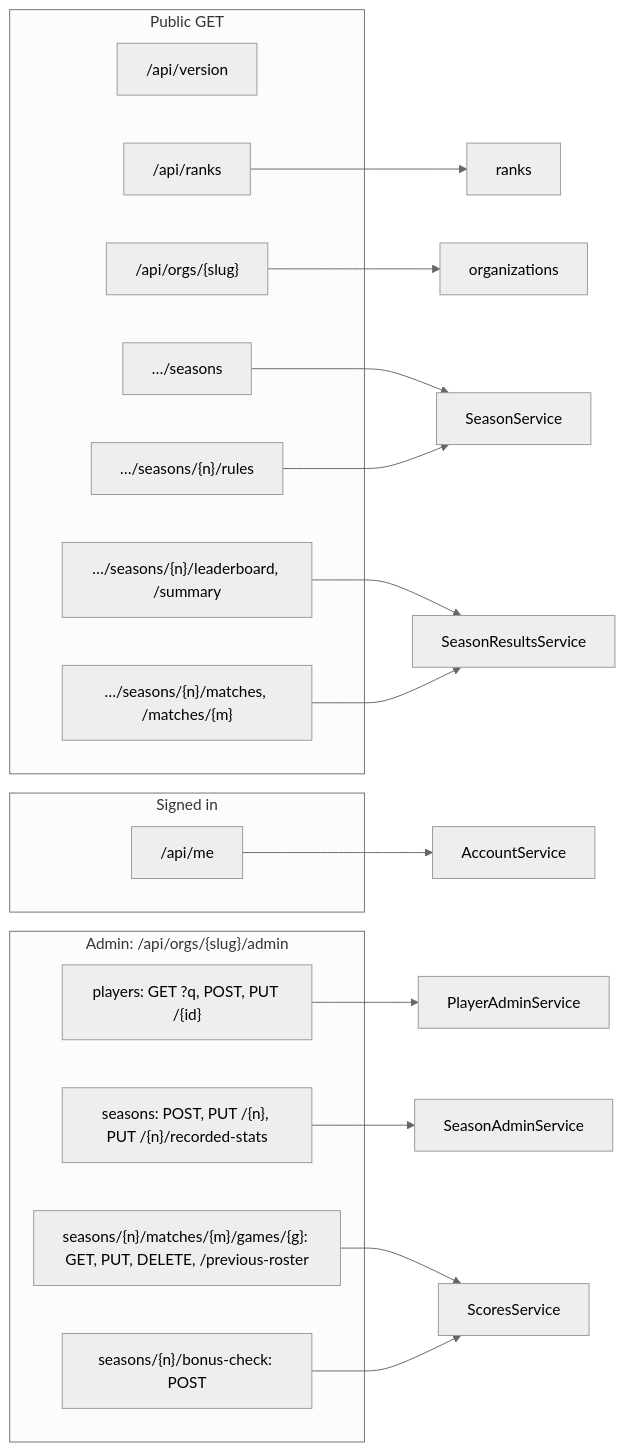
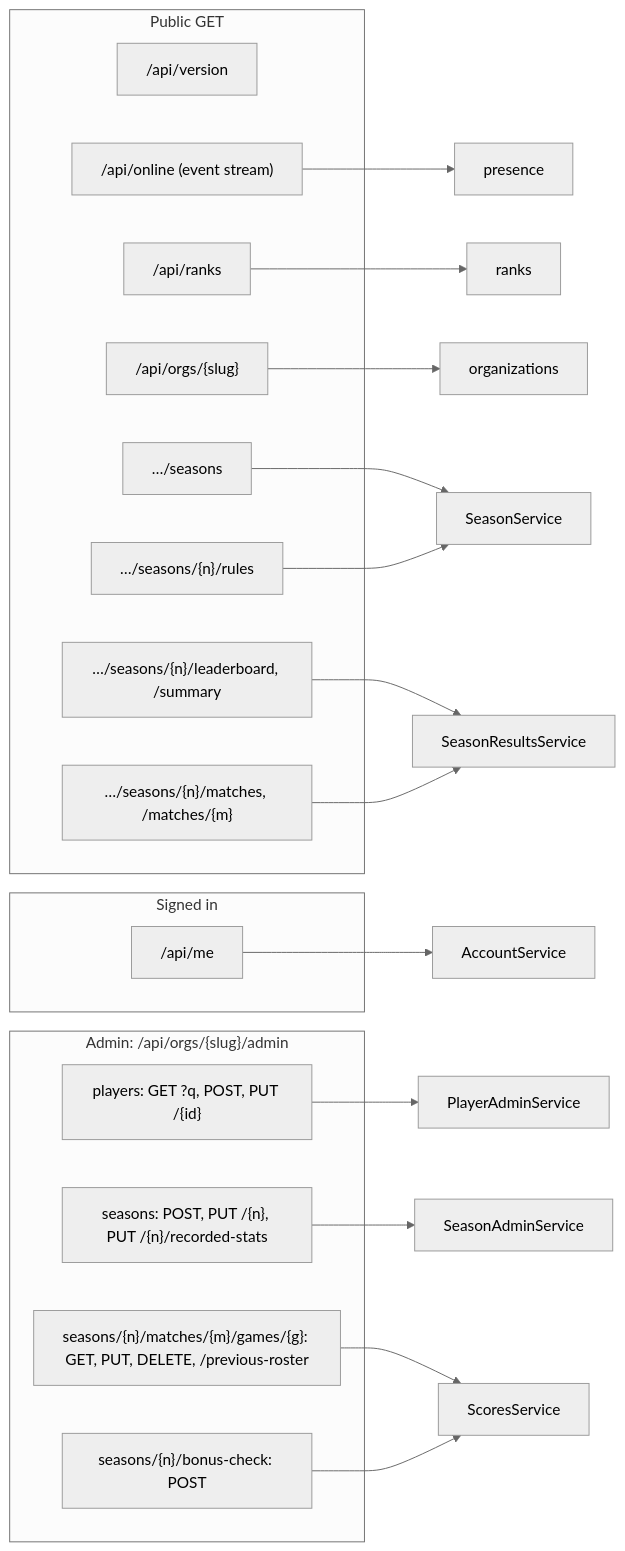
The fourth of 7 diagrams in docs/context-graph.md (irmahs-labs/tournament-leaderboard), drawn with Mermaid (neutral theme) before and after one commit. The commit also changed other lines of this file and 14 other files, not shown here.

````diff
--- a/docs/context-graph.md
+++ b/docs/context-graph.md
@@ -81,29 +83,31 @@
 ```mermaid
 flowchart LR
     subgraph public[Public GET]
         v["/api/version"]
+        on["/api/online (event stream)"]
         r["/api/ranks"]
         o["/api/orgs/{slug}"]
         sl["…/seasons"]
         sr["…/seasons/{n}/rules"]
         lb["…/seasons/{n}/leaderboard, /summary"]
         ml["…/seasons/{n}/matches, /matches/{m}"]
     end
     subgraph signedin[Signed in]
         me["/api/me"]
     end
     subgraph admin["Admin: /api/orgs/{slug}/admin"]
         ap["players: GET ?q, POST, PUT /{id}"]
         as["seasons: POST, PUT /{n}, PUT /{n}/recorded-stats"]
         sc["seasons/{n}/matches/{m}/games/{g}: GET, PUT, DELETE, /previous-roster"]
         bc["seasons/{n}/bonus-check: POST"]
     end
     r --> ranks
+    on --> presence
     o --> organizations
     sl & sr --> SeasonService
     lb & ml --> SeasonResultsService
     me --> AccountService
     ap --> PlayerAdminService
     as --> SeasonAdminService
     sc & bc --> ScoresService
 ```
````
